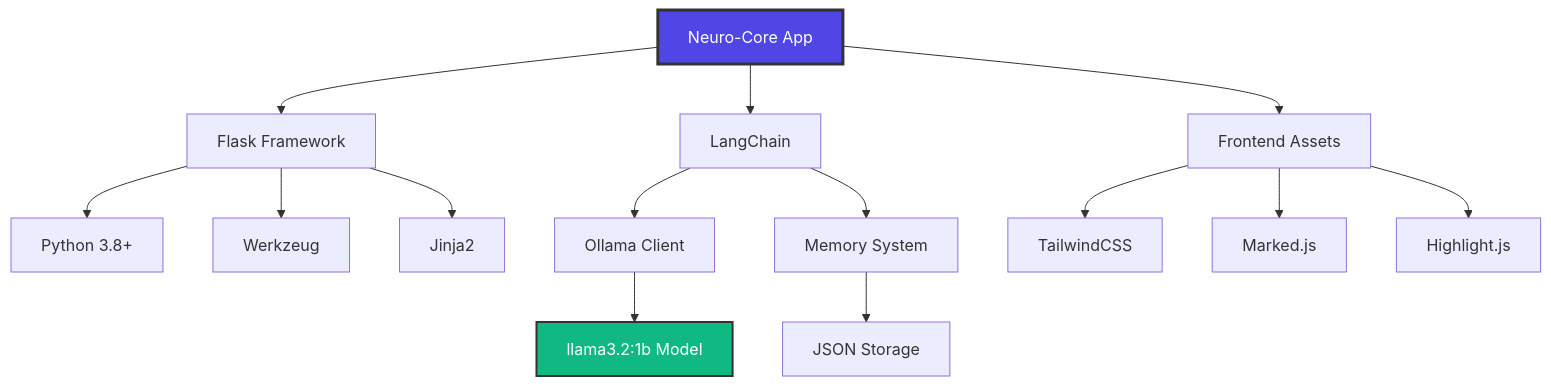
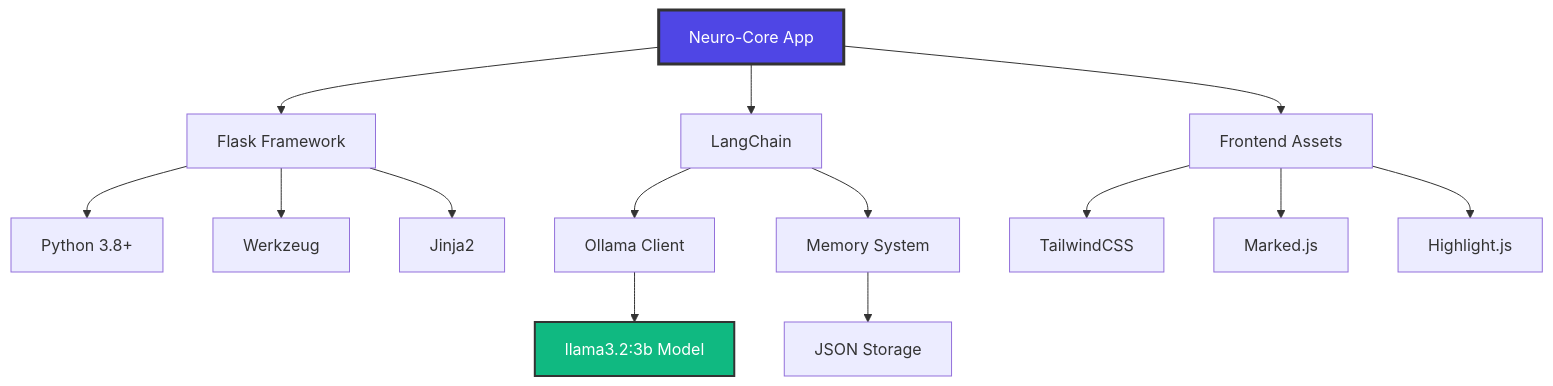
The diagram in README.md (vishaldeshmukh2k6/Neuro-Core), drawn with Mermaid before and after one commit. The commit also changed other lines of this file and 5 other files, not shown here.

````diff
--- a/README.md
+++ b/README.md
@@ -152,23 +152,23 @@
 ```mermaid
 graph TD
     A[Neuro-Core App] --> B[Flask Framework]
     A --> C[LangChain]
     A --> D[Frontend Assets]
     
     B --> E[Python 3.8+]
     B --> F[Werkzeug]
     B --> G[Jinja2]
     
     C --> H[Ollama Client]
     C --> I[Memory System]
     
     D --> J[TailwindCSS]
     D --> K[Marked.js]
     D --> L[Highlight.js]
     
-    H --> M[llama3.2:1b Model]
+    H --> M[llama3.2:3b Model]
     I --> N[JSON Storage]
     
     style A fill:#4f46e5,stroke:#333,stroke-width:3px,color:#fff
     style M fill:#10b981,stroke:#333,stroke-width:2px,color:#fff
 ```
````
